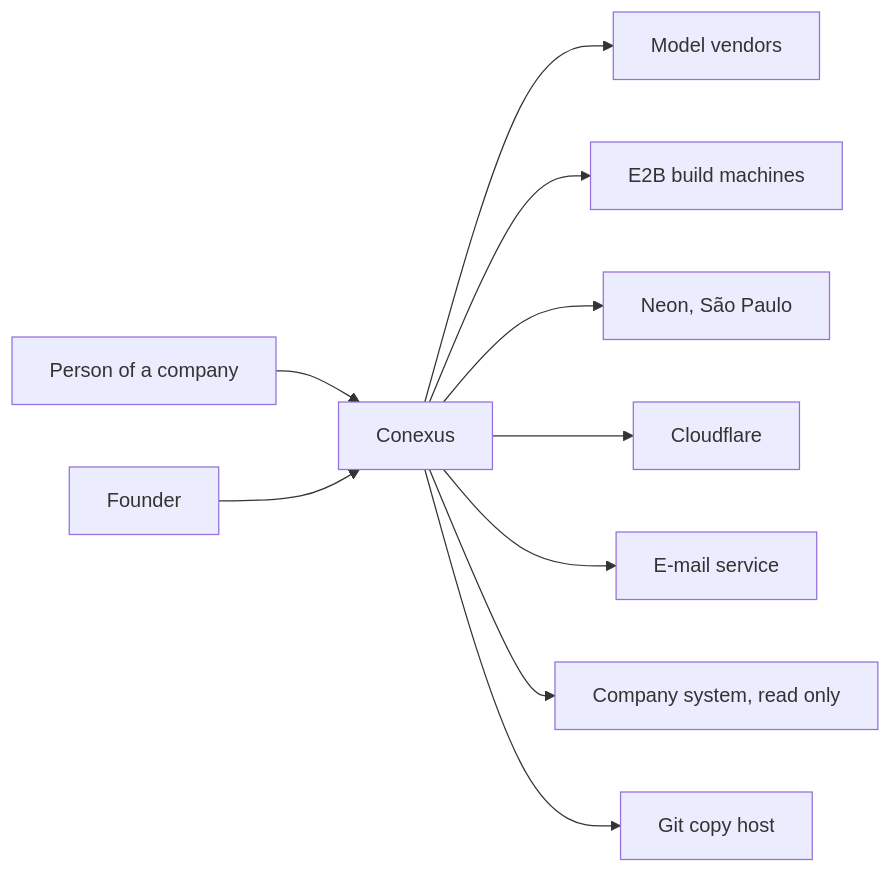
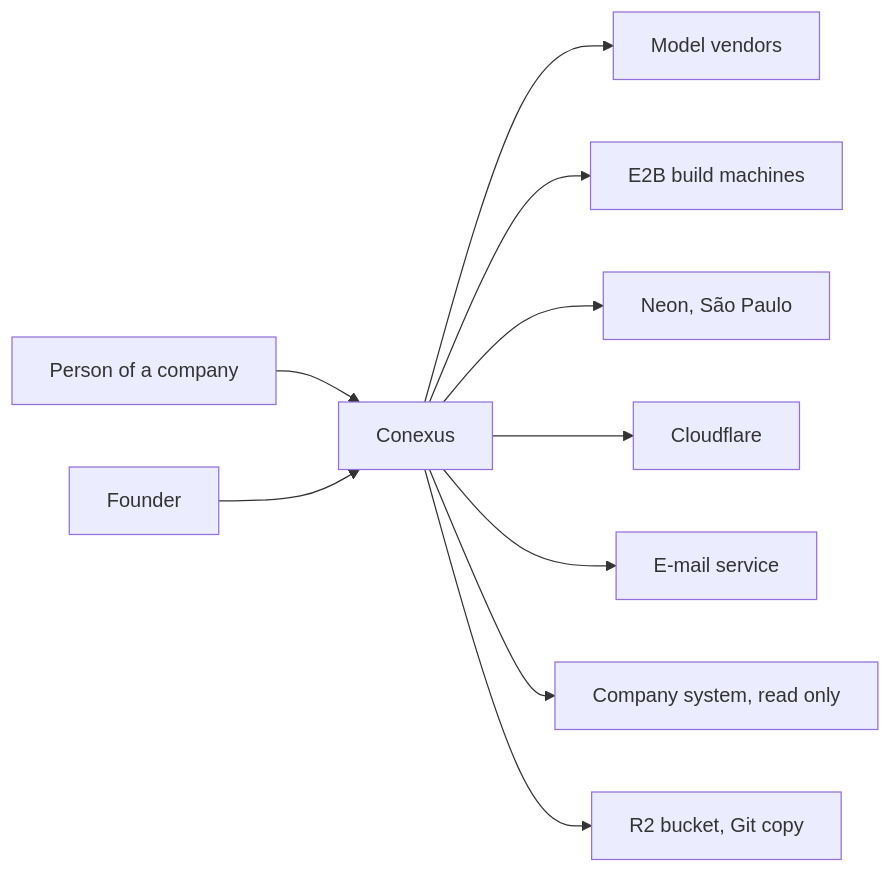
The first of 2 diagrams in docs/architecture.md (developmentconexus-ops/conexus), drawn with Mermaid before and after one commit. The commit also changed other lines of this file and 3 other files, not shown here.

Commit message:
docs: step 13 U1, record 0051 proposed (machine, Git and R2 copy), map, architecture and roadmap

````diff
--- a/docs/architecture.md
+++ b/docs/architecture.md
@@ -39,12 +39,12 @@
 ```mermaid
 flowchart LR
   P[Person of a company] --> CX[Conexus]
   F[Founder] --> CX
   CX --> MV[Model vendors]
   CX --> E2B[E2B build machines]
   CX --> NE[Neon, São Paulo]
   CX --> CF[Cloudflare]
   CX --> EM[E-mail service]
   CX --> CS[Company system, read only]
-  CX --> GC[Git copy host]
+  CX --> GC[R2 bucket, Git copy]
 ```
````
